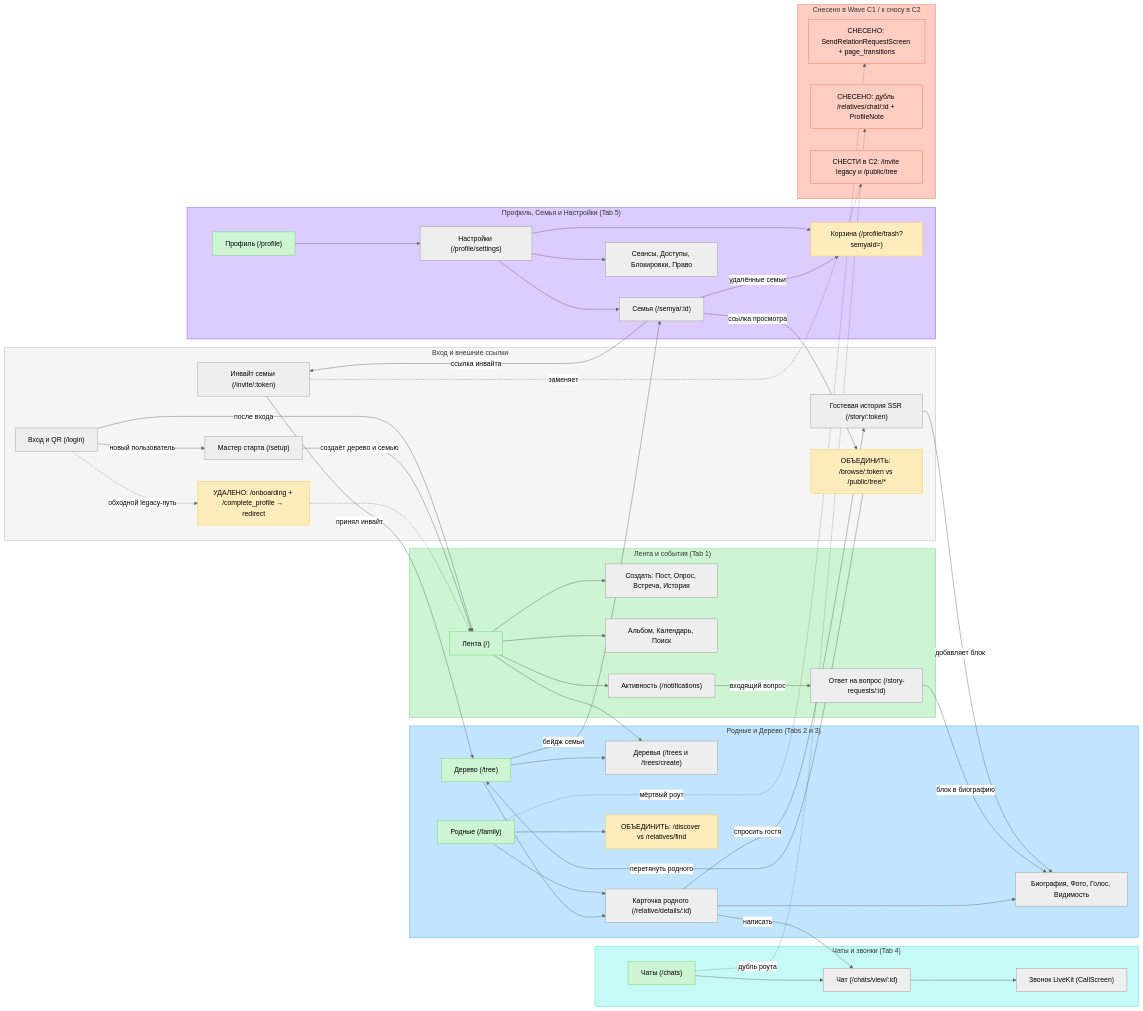
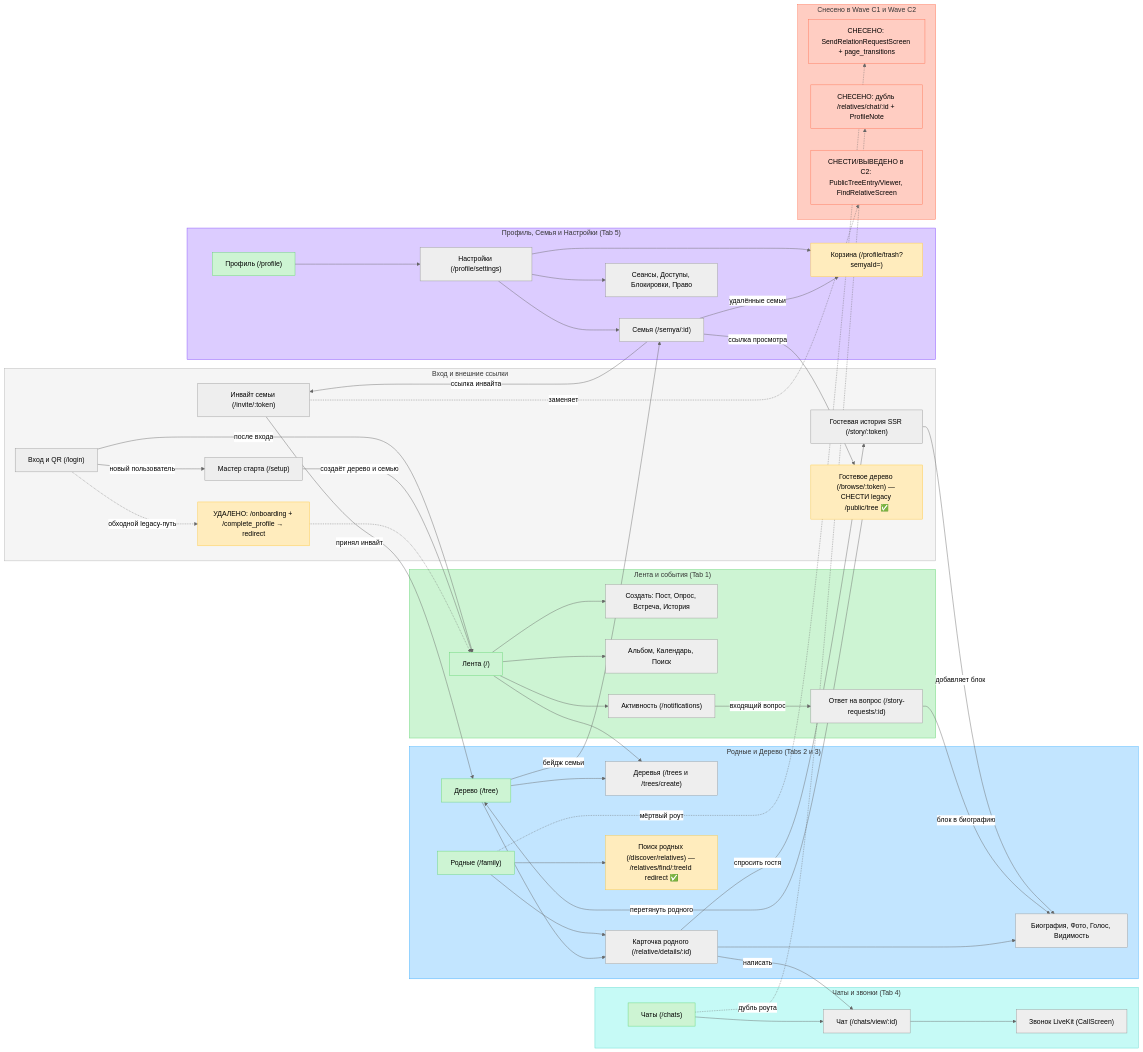
One commit to Fodders-Dev/rodnya-tree-app changed the second of 2 diagrams in docs/rodnya-app-map.md. Above: the diagram before and after it, drawn with Mermaid (neutral theme). The commit also changed other lines of this file and 59 other files, not shown here.

Commit message:
Consolidate invites, browse view, and relatives search (Wave C2: P2.3, P2.4, P2.5a)

```diff
--- a/docs/rodnya-app-map.md
+++ b/docs/rodnya-app-map.md
@@ -385,7 +385,7 @@
         legacyOnboard["УДАЛЕНО: /onboarding + /complete_profile → redirect"]
         inviteAccept["Инвайт семьи (/invite/:token)"]
         storyGuest["Гостевая история SSR (/story/:token)"]
-        browseVsPublic["ОБЪЕДИНИТЬ: /browse/:token vs /public/tree/*"]
+        browseVsPublic["Гостевое дерево (/browse/:token) — СНЕСТИ legacy /public/tree ✅"]
     end
 
     subgraph sgFeed ["Лента и события (Tab 1)"]
@@ -402,7 +402,7 @@
         treeSelector["Деревья (/trees и /trees/create)"]
         personDetails["Карточка родного (/relative/details/:id)"]
         personSubScreens["Биография, Фото, Голос, Видимость"]
-        discoverDup["ОБЪЕДИНИТЬ: /discover vs /relatives/find"]
+        discoverDup["Поиск родных (/discover/relatives) — /relatives/find/:treeId redirect ✅"]
     end
 
     subgraph sgComm ["Чаты и звонки (Tab 4)"]
@@ -419,10 +419,10 @@
         securitySub["Сеансы, Доступы, Блокировки, Право"]
     end
 
-    subgraph sgDelete ["Снесено в Wave C1 / к сносу в C2"]
+    subgraph sgDelete ["Снесено в Wave C1 и Wave C2"]
         sendReqDead["СНЕСЕНО: SendRelationRequestScreen + page_transitions"]
         chatRouteDup["СНЕСЕНО: дубль /relatives/chat/:id + ProfileNote"]
-        legacyInviteDead["СНЕСТИ в C2: /invite legacy и /public/tree"]
+        legacyInviteDead["СНЕСТИ/ВЫВЕДЕНО в C2: PublicTreeEntry/Viewer, FindRelativeScreen"]
     end
 
     authLogin -->|"новый пользователь"| setupWizard
```
